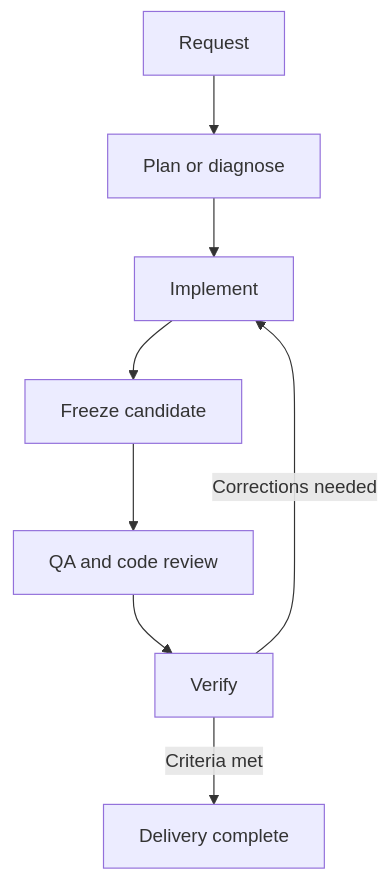
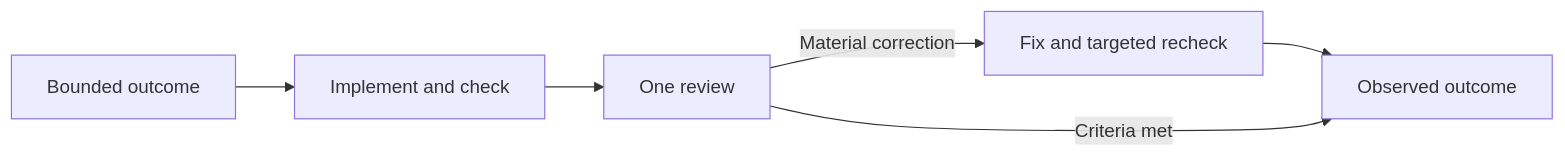
Before and after one commit to marwain91/jerry-sdlc: the diagram in README.md, drawn with Mermaid. The commit also changed other lines of this file and 41 other files, not shown here.

First line of the commit message:
feat: default to bounded lightweight delivery

````diff
--- a/README.md
+++ b/README.md
@@ -48,10 +38,8 @@
 ```mermaid
-flowchart TD
-    A[Request] --> B[Plan or diagnose]
-    B --> C[Implement]
-    C --> D[Freeze candidate]
-    D --> E[QA and code review]
-    E --> F[Verify]
-    F -->|Corrections needed| C
-    F -->|Criteria met| G[Delivery complete]
+flowchart LR
+    A[Bounded outcome] --> B[Implement and check]
+    B --> C[One review]
+    C -->|Material correction| D[Fix and targeted recheck]
+    D --> E[Observed outcome]
+    C -->|Criteria met| E
 ```
````
